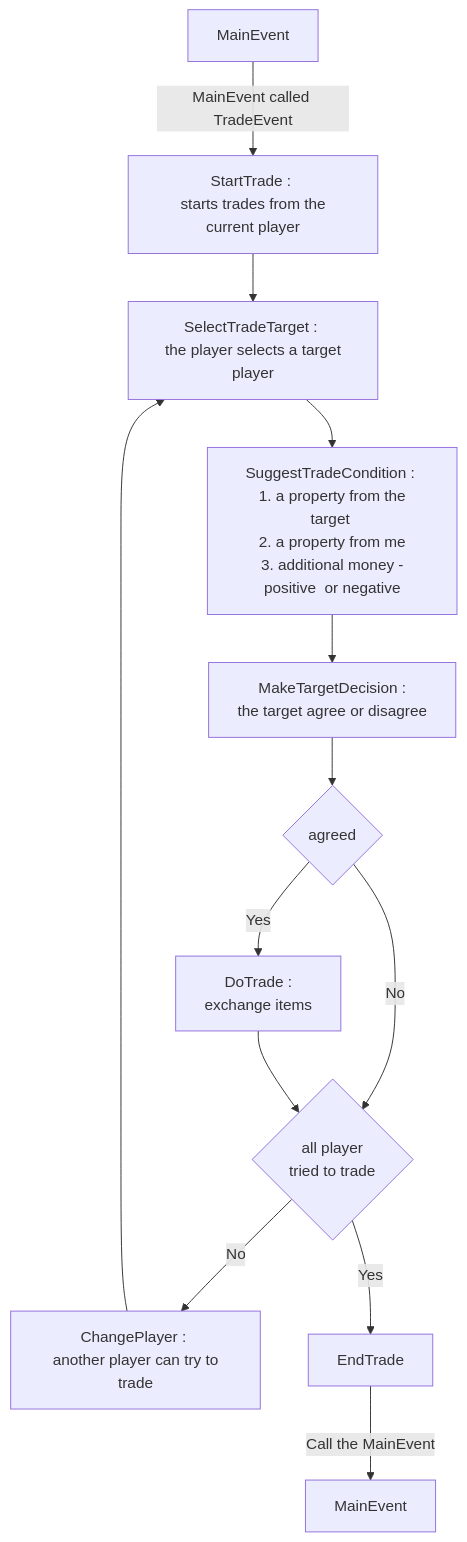
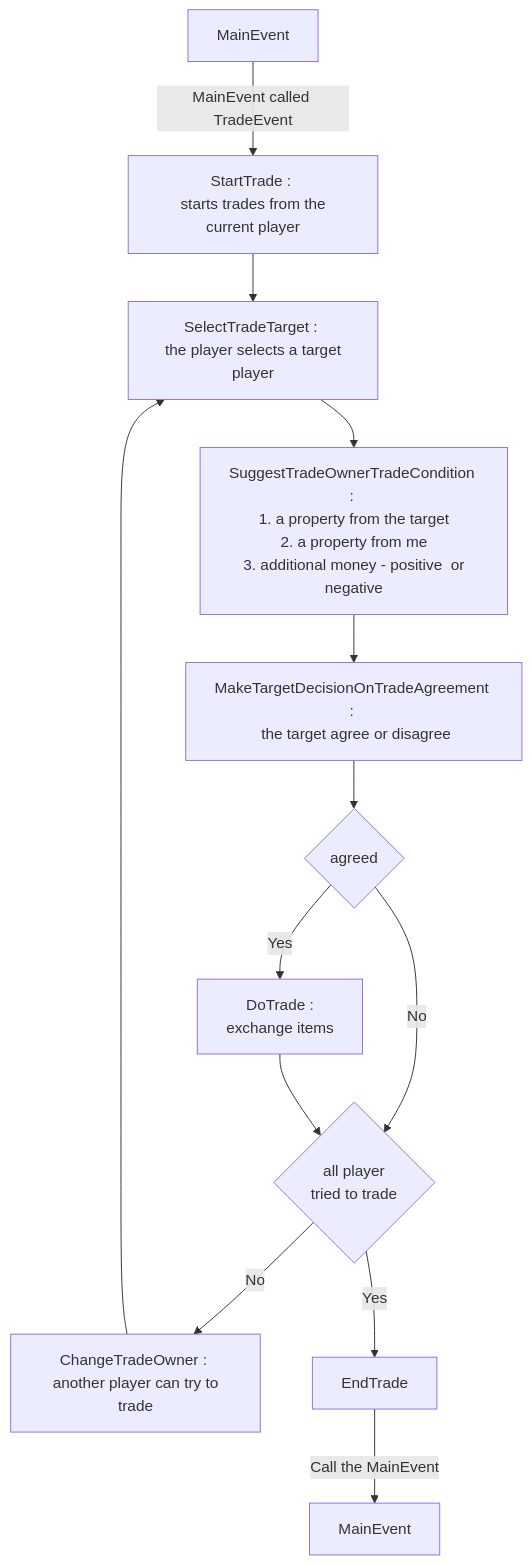
Before and after one commit to crimson206/MonopolyWithCSharp: the diagram in src/UML/TrandEventFlowChard.md, drawn with Mermaid.

Commit message:
UML : edited TrandEventFlowChard

````diff
--- a/src/UML/TrandEventFlowChard.md
+++ b/src/UML/TrandEventFlowChard.md
@@ -1,15 +1,15 @@
 ```mermaid
 flowchart TB
     A[MainEvent] -- MainEvent called TradeEvent --> B[StartTrade : \n starts trades from the current player]
     B --> C[SelectTradeTarget : \n the player selects a target player]
-    C --> D[SuggestTradeCondition : \n 1. a property from the target \n 2. a property from me \n 3. additional money - positive  or negative]
-    D --> E[MakeTargetDecision : \n the target agree or disagree]
+    C --> D[SuggestTradeOwnerTradeCondition : \n 1. a property from the target \n 2. a property from me \n 3. additional money - positive  or negative]
+    D --> E[MakeTargetDecisionOnTradeAgreement : \n the target agree or disagree]
     E --> F{agreed}
     F -- Yes --> G[DoTrade : \n exchange items]
     F -- No --> H{all player \n tried to trade}
     G --> H
-    H -- No --> I[ChangePlayer : \n another player can try to trade]
+    H -- No --> I[ChangeTradeOwner : \n another player can try to trade]
     I --> C
     H -- Yes --> J[EndTrade]
     J -- Call the MainEvent --> K[MainEvent]
 ```
````
